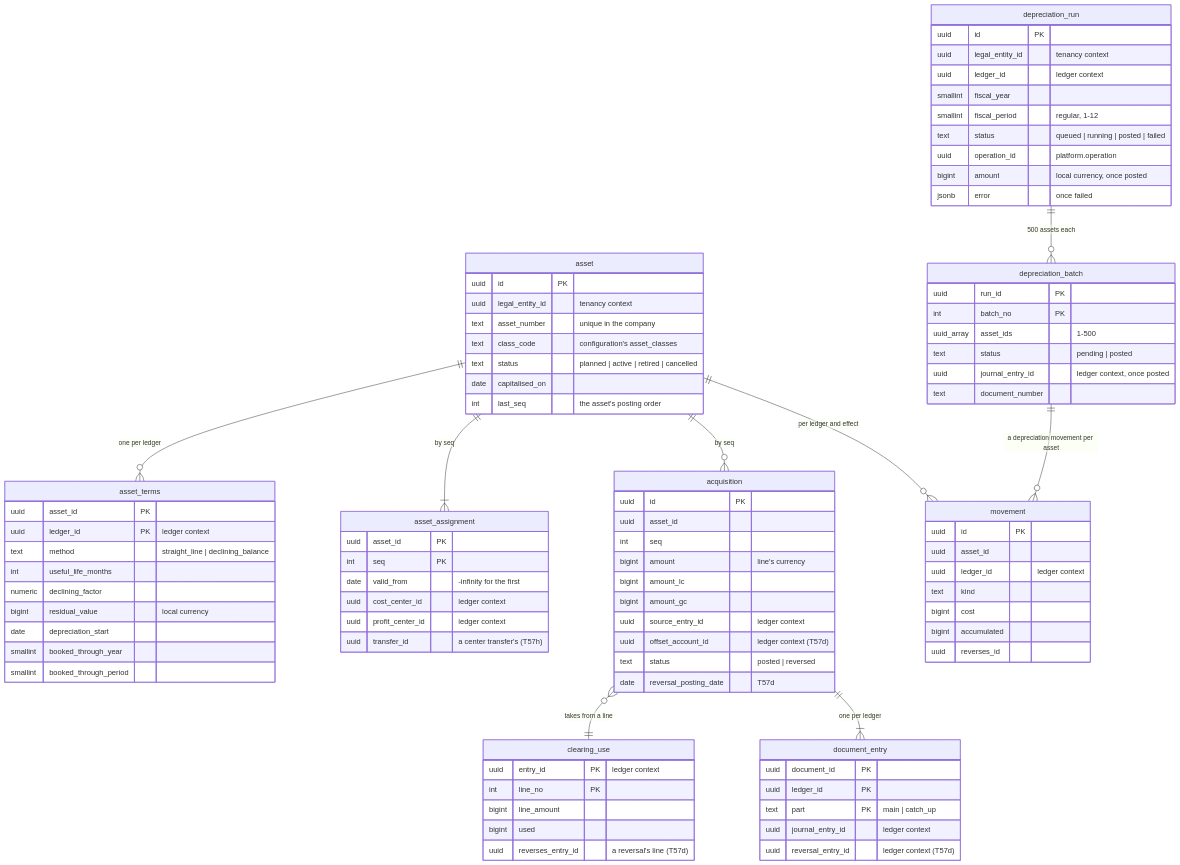
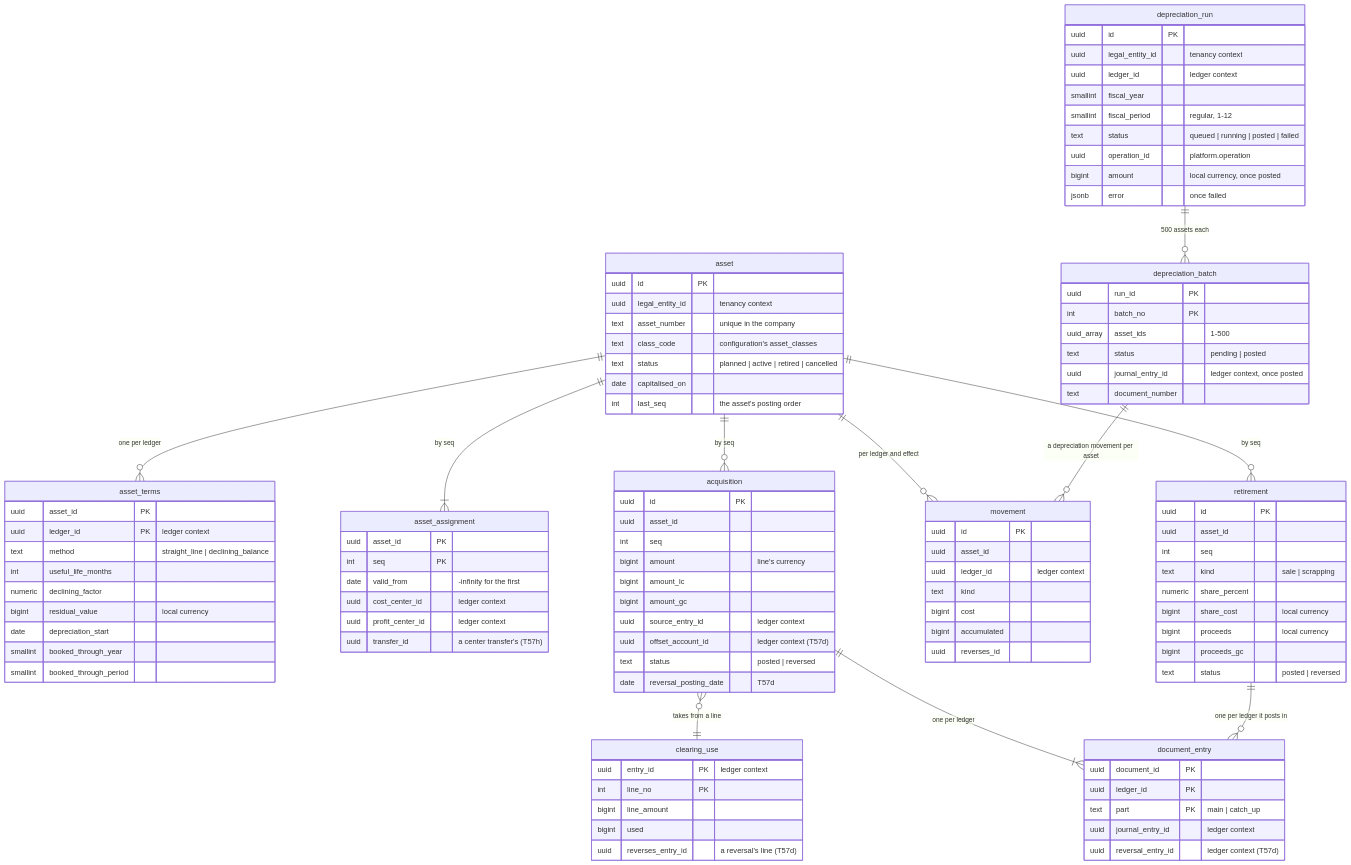
One commit to mustie7iy/agentic-erp changed diagram 13 of 13 in docs/design/03-data-model.md. Above: the diagram before and after it, drawn with Mermaid. The commit also changed other lines of this file and 40 other files, not shown here.

First line of the commit message:
T57g: asset retirements by sale and scrapping, full and partial, with their catch-up, gain or loss per ledger and reversal

```diff
--- a/docs/design/03-data-model.md
+++ b/docs/design/03-data-model.md
@@ -2882,6 +2883,8 @@
   acquisition ||--|{ document_entry : "one per ledger"
   depreciation_run ||--o{ depreciation_batch : "500 assets each"
   depreciation_batch ||--o{ movement : "a depreciation movement per asset"
+  asset ||--o{ retirement : "by seq"
+  retirement ||--o{ document_entry : "one per ledger it posts in"
   asset { uuid id PK
     uuid legal_entity_id "tenancy context"
     text asset_number "unique in the company"
@@ -2940,6 +2943,15 @@
     uuid operation_id "platform.operation"
     bigint amount "local currency, once posted"
     jsonb error "once failed" }
+  retirement { uuid id PK
+    uuid asset_id
+    int seq
+    text kind "sale | scrapping"
+    numeric share_percent
+    bigint share_cost "local currency"
+    bigint proceeds "local currency"
+    bigint proceeds_gc
+    text status "posted | reversed" }
   depreciation_batch { uuid run_id PK
     int batch_no PK
     uuid_array asset_ids "1-500"
```
